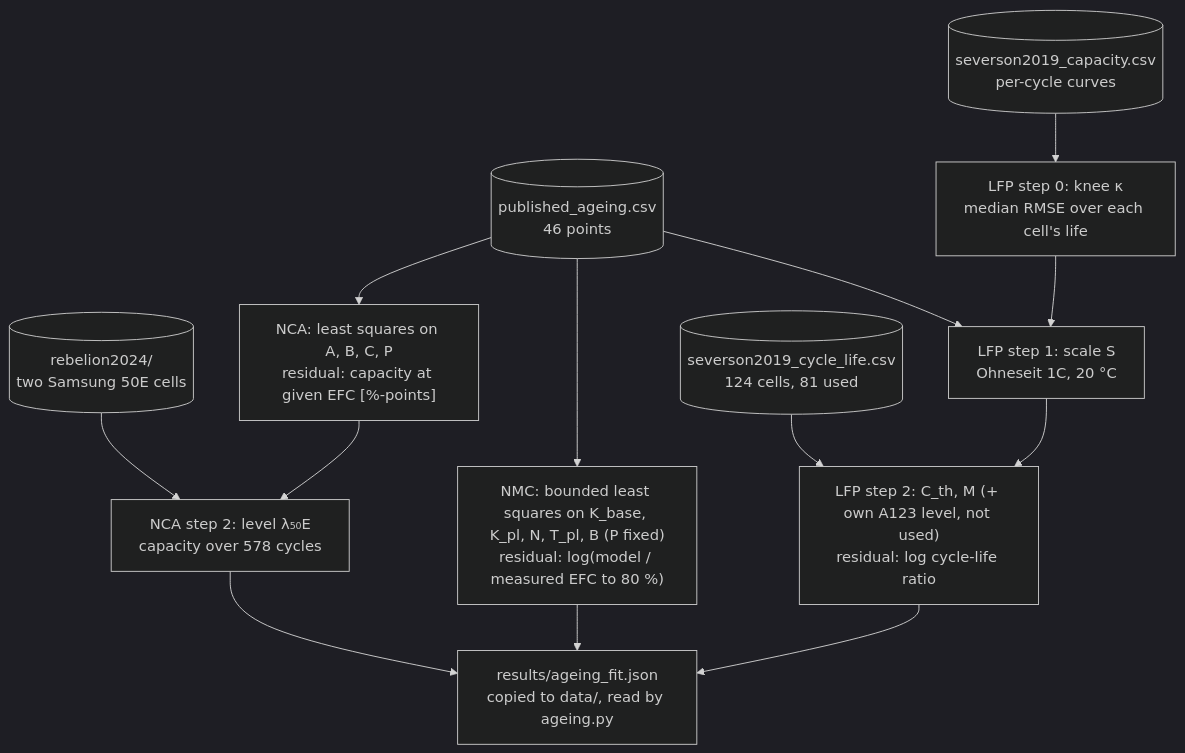
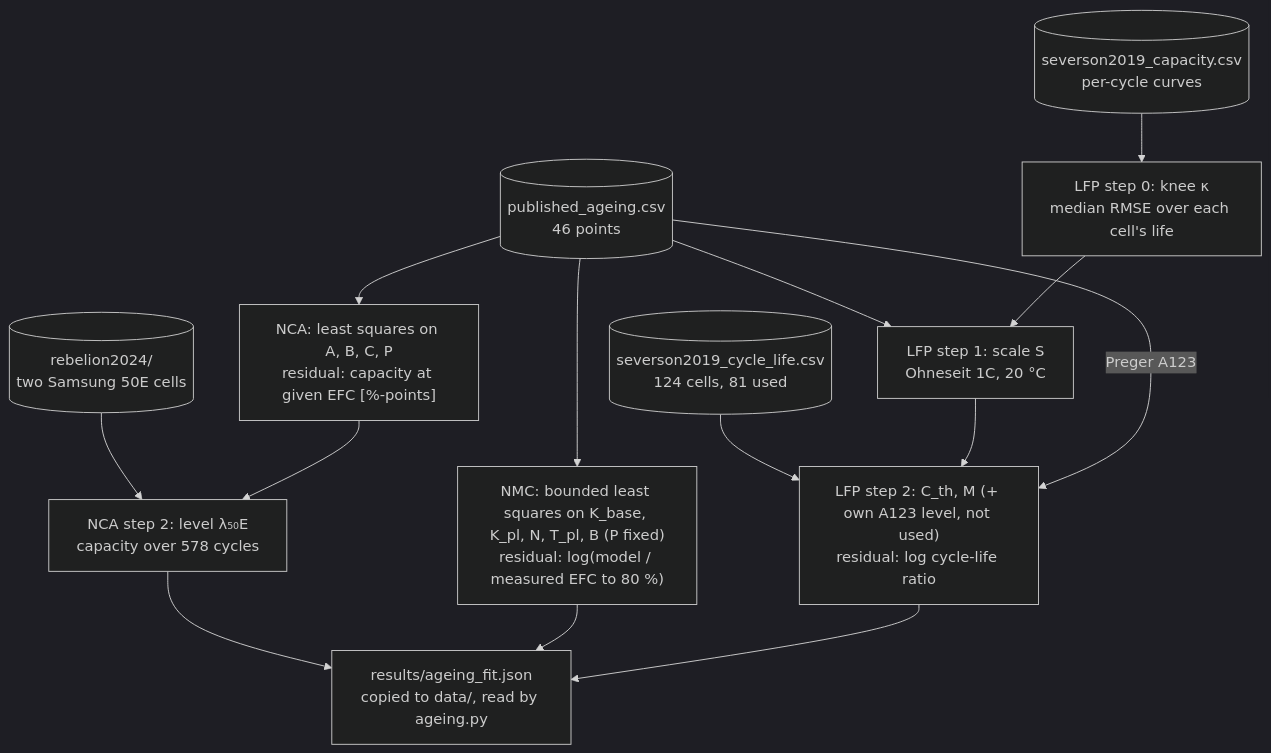
One commit to TheJohn01/DigitalTwinBattery changed the seventh of 12 diagrams in README.md. Above: the diagram before and after it, drawn with Mermaid (dark theme). The commit also changed other lines of this file and 5 other files, not shown here.

First line of the commit message:
README diagrams: add missing steps and figures, fix order

````diff
--- a/README.md
+++ b/README.md
@@ -1077,20 +1109,21 @@
 ```mermaid
 flowchart TD
     CSV[("published_ageing.csv<br/>46 points")] --> NCA
     CSV --> NMC
     CSV --> LFP1
     SEV[("severson2019_cycle_life.csv<br/>124 cells, 81 used")] --> LFP2
     CUR[("severson2019_capacity.csv<br/>per-cycle curves")] --> LFP0
     LFP0["LFP step 0: knee κ<br/>median RMSE over each cell's life"]
     LFP0 --> LFP1
     NCA["NCA: least squares on A, B, C, P<br/>residual: capacity at given EFC [%-points]"]
     NMC["NMC: bounded least squares on K_base, K_pl, N, T_pl, B (P fixed)<br/>residual: log(model / measured EFC to 80 %)"]
     LFP1["LFP step 1: scale S<br/>Ohneseit 1C, 20 °C"]
     LFP2["LFP step 2: C_th, M (+ own A123 level, not used)<br/>residual: log cycle-life ratio"]
     LFP1 --> LFP2
+    CSV -- "Preger A123" --> LFP2
     REB[("rebelion2024/<br/>two Samsung 50E cells")] --> NCA2
     NCA --> NCA2["NCA step 2: level λ₅₀E<br/>capacity over 578 cycles"]
     NCA2 --> OUT["results/ageing_fit.json<br/>copied to data/, read by ageing.py"]
     NMC --> OUT
     LFP2 --> OUT
 ```
````
